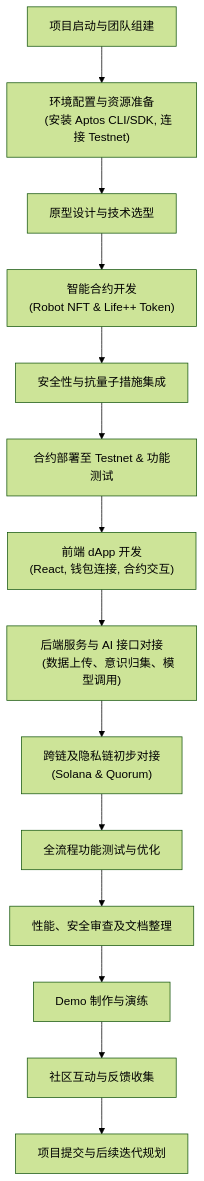
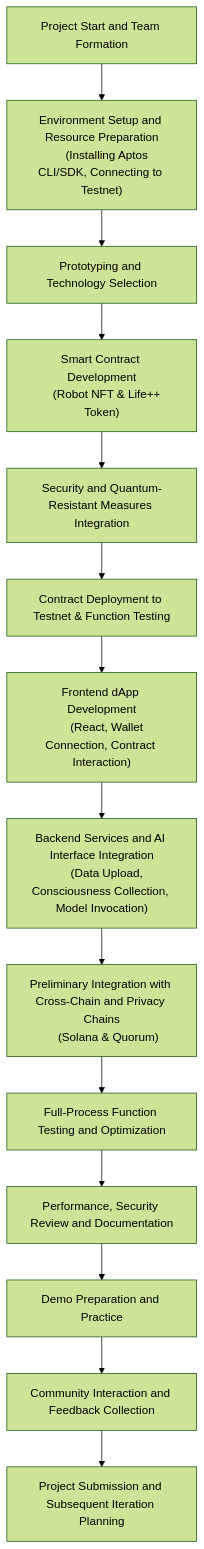
Before and after one commit to xiangnuans/clippy-dapp: the first of 2 diagrams in README.md, drawn with Mermaid (forest theme). The commit also changed other lines of this file, not shown here.

````diff
--- a/README.md
+++ b/README.md
@@ -490,36 +490,36 @@
 ```mermaid
 flowchart TD
-    A[项目启动与团队组建]
-    B["环境配置与资源准备
-    (安装 Aptos CLI/SDK, 连接 Testnet)"]
-    C[原型设计与技术选型]
-    D["智能合约开发
+    A[Project Start and Team Formation]
+    B["Environment Setup and Resource Preparation
+    (Installing Aptos CLI/SDK, Connecting to Testnet)"]
+    C[Prototyping and Technology Selection]
+    D["Smart Contract Development
     (Robot NFT & Life++ Token)"]
-    E[安全性与抗量子措施集成]
-    F[合约部署至 Testnet & 功能测试]
-    G["前端 dApp 开发
-    (React, 钱包连接, 合约交互)"]
-    H["后端服务与 AI 接口对接
-    (数据上传、意识归集、模型调用)"]
-    I["跨链及隐私链初步对接
+    E[Security and Quantum-Resistant Measures Integration]
+    F[Contract Deployment to Testnet & Function Testing]
+    G["Frontend dApp Development
+    (React, Wallet Connection, Contract Interaction)"]
+    H["Backend Services and AI Interface Integration
+    (Data Upload, Consciousness Collection, Model Invocation)"]
+    I["Preliminary Integration with Cross-Chain and Privacy Chains
     (Solana & Quorum)"]
-    J[全流程功能测试与优化]
-    K[性能、安全审查及文档整理]
-    L[Demo 制作与演练]
-    M[社区互动与反馈收集]
-    N[项目提交与后续迭代规划]
+    J[Full-Process Function Testing and Optimization]
+    K[Performance, Security Review and Documentation]
+    L[Demo Preparation and Practice]
+    M[Community Interaction and Feedback Collection]
+    N[Project Submission and Subsequent Iteration Planning]
 
     A --> B
     B --> C
     C --> D
     D --> E
     E --> F
     F --> G
     G --> H
     H --> I
     I --> J
     J --> K
     K --> L
     L --> M
     M --> N
 ```
````
